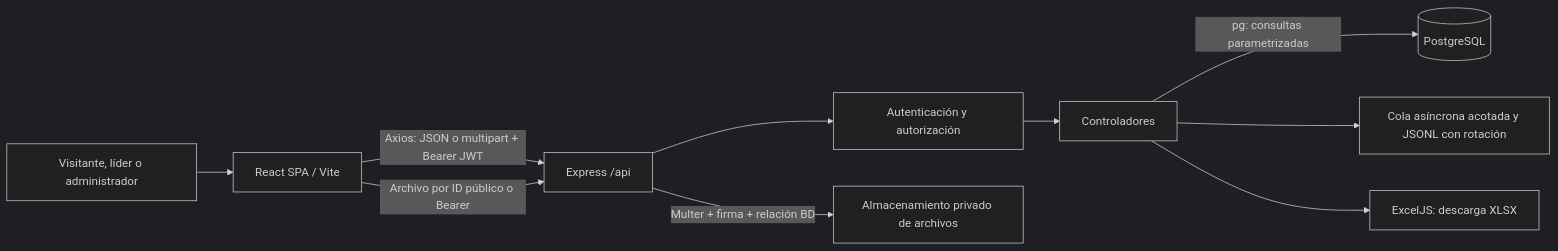
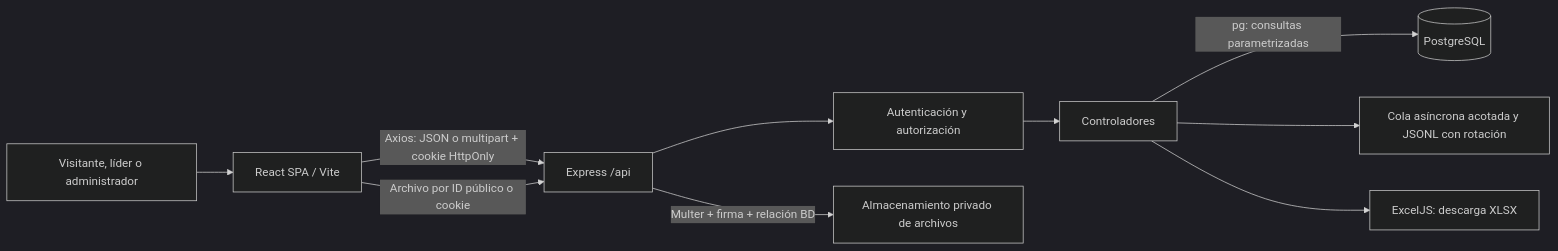
One commit to oscarprada/ecoamigos-web changed the first of 5 diagrams in docs/02-ARQUITECTURA.md. Above: the diagram before and after it, drawn with Mermaid (dark theme). The commit also changed other lines of this file and 44 other files, not shown here.

Commit message:
Corrige S02 migrando sesión a cookie HttpOnly

````diff
--- a/docs/02-ARQUITECTURA.md
+++ b/docs/02-ARQUITECTURA.md
@@ -7,12 +7,12 @@
 ```mermaid
 flowchart LR
   U[Visitante, líder o administrador] --> F[React SPA / Vite]
-  F -->|Axios: JSON o multipart + Bearer JWT| B[Express /api]
+  F -->|Axios: JSON o multipart + cookie HttpOnly| B[Express /api]
   B --> A[Autenticación y autorización]
   A --> C[Controladores]
   C -->|pg: consultas parametrizadas| D[(PostgreSQL)]
   B -->|Multer + firma + relación BD| UP[Almacenamiento privado de archivos]
-  F -->|Archivo por ID público o Bearer| B
+  F -->|Archivo por ID público o cookie| B
   C --> L[Cola asíncrona acotada y JSONL con rotación]
   C --> X[ExcelJS: descarga XLSX]
 ```
````
